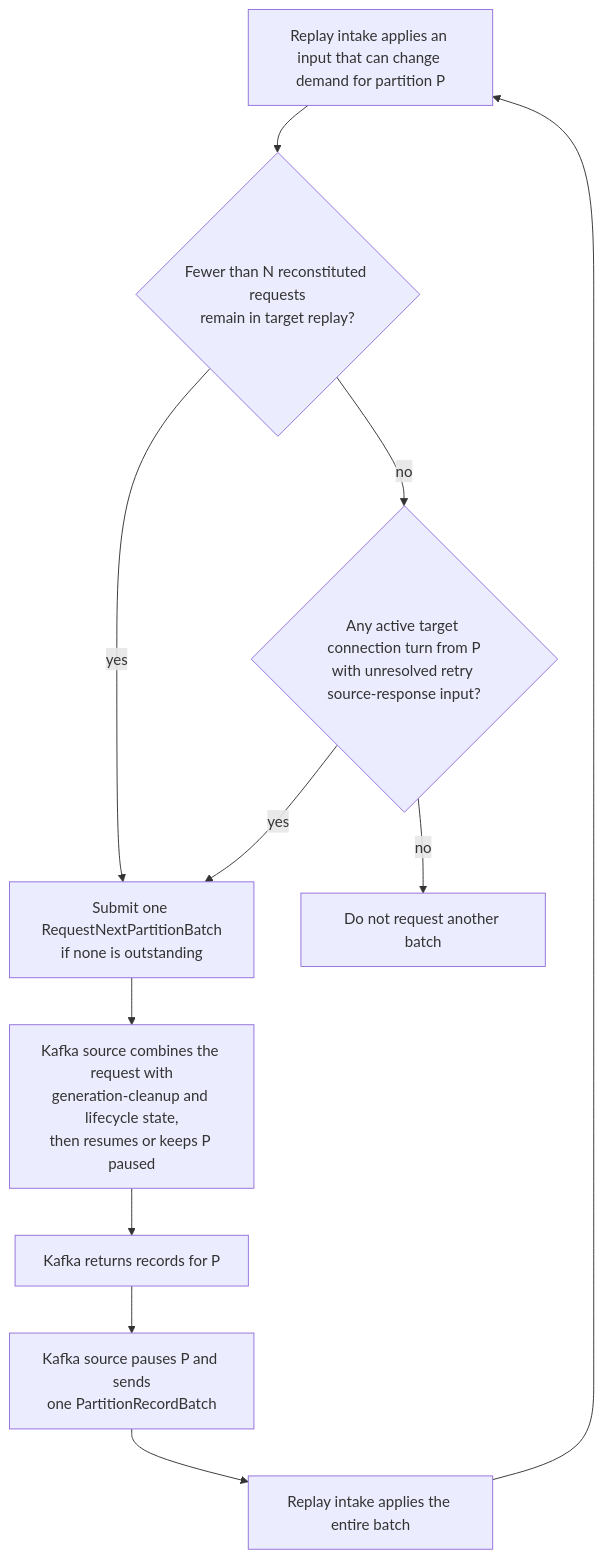
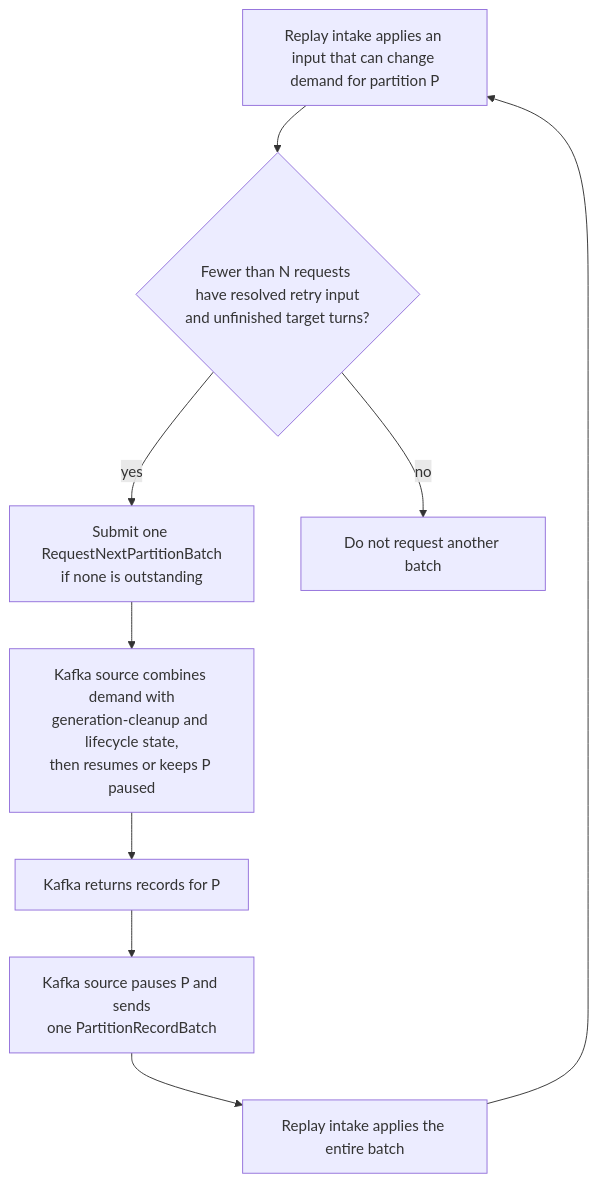
Before and after one commit to opensearch-project/opensearch-migrations: the fifth of 7 diagrams in docs/captureAndReplay/replayerProcessingAndCommitArchitecture.md, drawn with Mermaid. The commit also changed other lines of this file and 4 other files, not shown here.

First line of the commit message:
Clarify retry-ready supply and Kafka input demand

````diff
--- a/docs/captureAndReplay/replayerProcessingAndCommitArchitecture.md
+++ b/docs/captureAndReplay/replayerProcessingAndCommitArchitecture.md
@@ -1121,23 +1119,16 @@
 ```mermaid
 flowchart TD
     A["Replay intake applies an input that can change demand for partition P"]
-    B{"Fewer than N reconstituted requests<br/>remain in target replay?"}
-    C{"Any active target connection turn from P<br/>with unresolved retry source-response input?"}
-    D["Submit one RequestNextPartitionBatch<br/>if none is outstanding"]
-    E["Do not request another batch"]
-    F["Kafka source combines the request with<br/>generation-cleanup and lifecycle state,<br/>then resumes or keeps P paused"]
-    G["Kafka returns records for P"]
-    H["Kafka source pauses P and sends<br/>one PartitionRecordBatch"]
-    I["Replay intake applies the entire batch"]
+    B{"Fewer than N requests have resolved retry input<br/>and unfinished target turns?"}
+    C["Submit one RequestNextPartitionBatch<br/>if none is outstanding"]
+    D["Do not request another batch"]
+    E["Kafka source combines demand with<br/>generation-cleanup and lifecycle state,<br/>then resumes or keeps P paused"]
+    F["Kafka returns records for P"]
+    G["Kafka source pauses P and sends<br/>one PartitionRecordBatch"]
+    H["Replay intake applies the entire batch"]
 
     A --> B
-    B -->|"yes"| D
-    B -->|"no"| C
-    C -->|"yes"| D
-    C -->|"no"| E
-    D --> F
-    F --> G
-    G --> H
-    H --> I
-    I --> A
+    B -->|"yes"| C
+    B -->|"no"| D
+    C --> E --> F --> G --> H --> A
 ```
````
